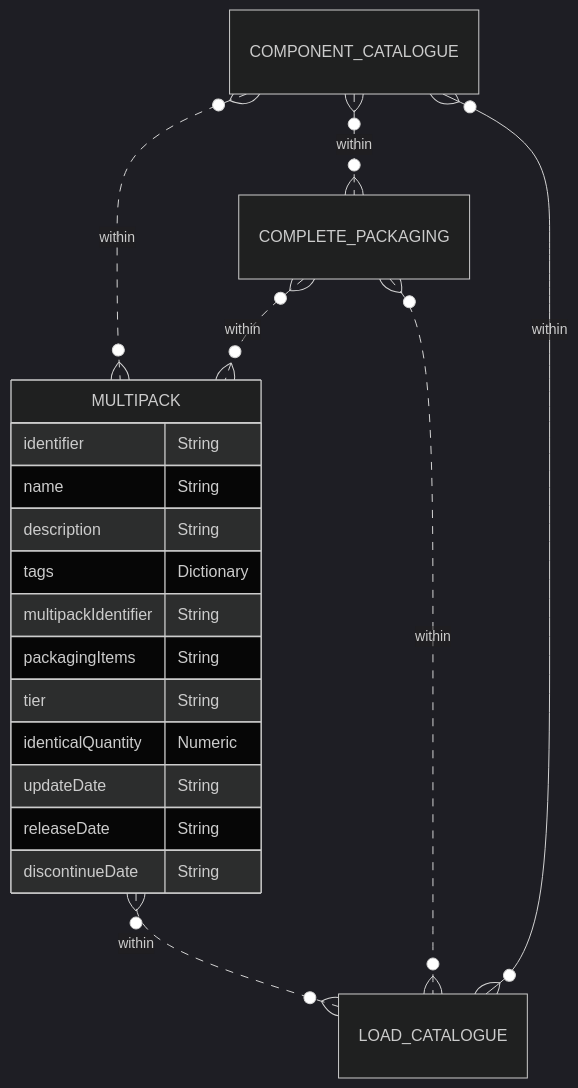
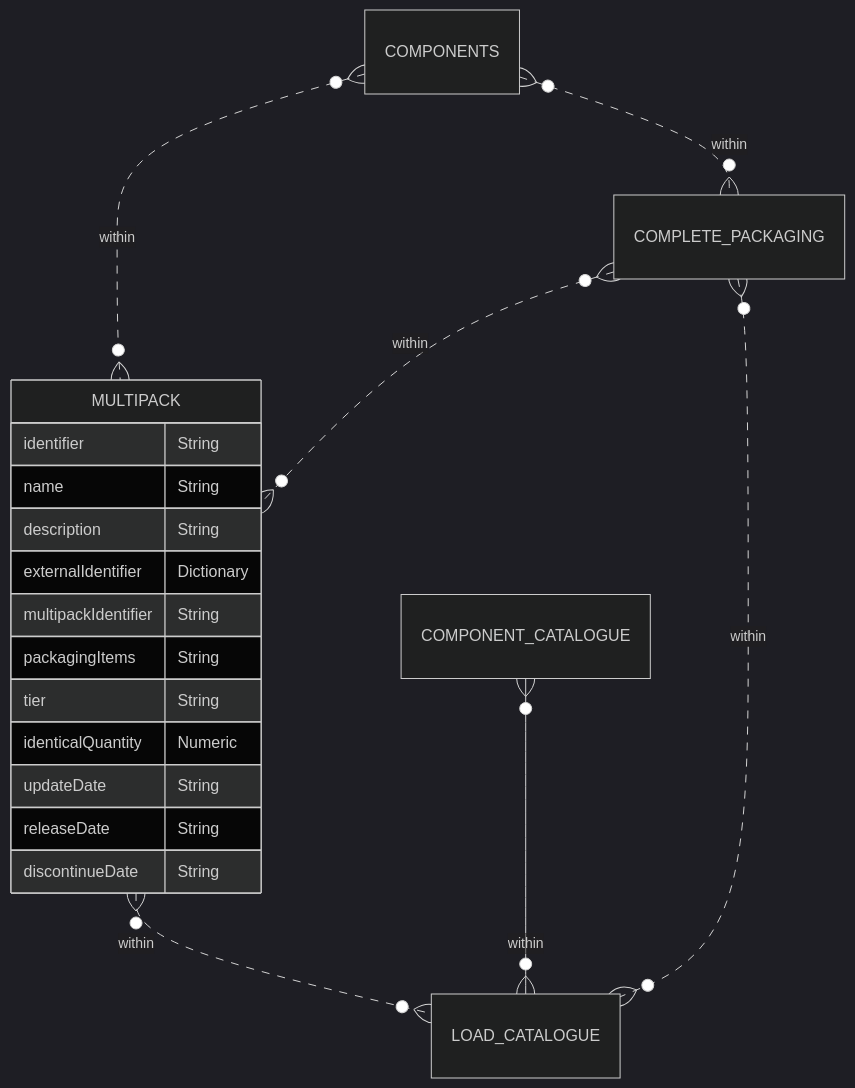
One commit to OpenDataManchester/Open3P changed the diagram in docs/3_Data_Specification/3_5_Multipack.md. Above: the diagram before and after it, drawn with Mermaid (dark theme). The commit also changed other lines of this file, not shown here.

Commit message:
Update multipack

````diff
--- a/docs/3_Data_Specification/3_5_Multipack.md
+++ b/docs/3_Data_Specification/3_5_Multipack.md
@@ -28,22 +28,22 @@
 ``` mermaid
 erDiagram
-COMPONENT_CATALOGUE }o..o{ MULTIPACK : within
-COMPONENT_CATALOGUE }o..o{ COMPLETE_PACKAGING : within
+COMPONENTS }o..o{ MULTIPACK : within
+COMPONENTS }o..o{ COMPLETE_PACKAGING : within
 COMPLETE_PACKAGING }o..o{ MULTIPACK : within
   MULTIPACK {
     identifier String
     name String
     description String
-    tags Dictionary
+    externalIdentifier Dictionary
     multipackIdentifier String
     packagingItems String
     tier String
     identicalQuantity Numeric
     updateDate String
     releaseDate String
     discontinueDate String
   }
   COMPLETE_PACKAGING }o..o{ LOAD_CATALOGUE : within
   MULTIPACK }o..o{ LOAD_CATALOGUE : within
   COMPONENT_CATALOGUE }o--o{ LOAD_CATALOGUE : within
 ```
````
